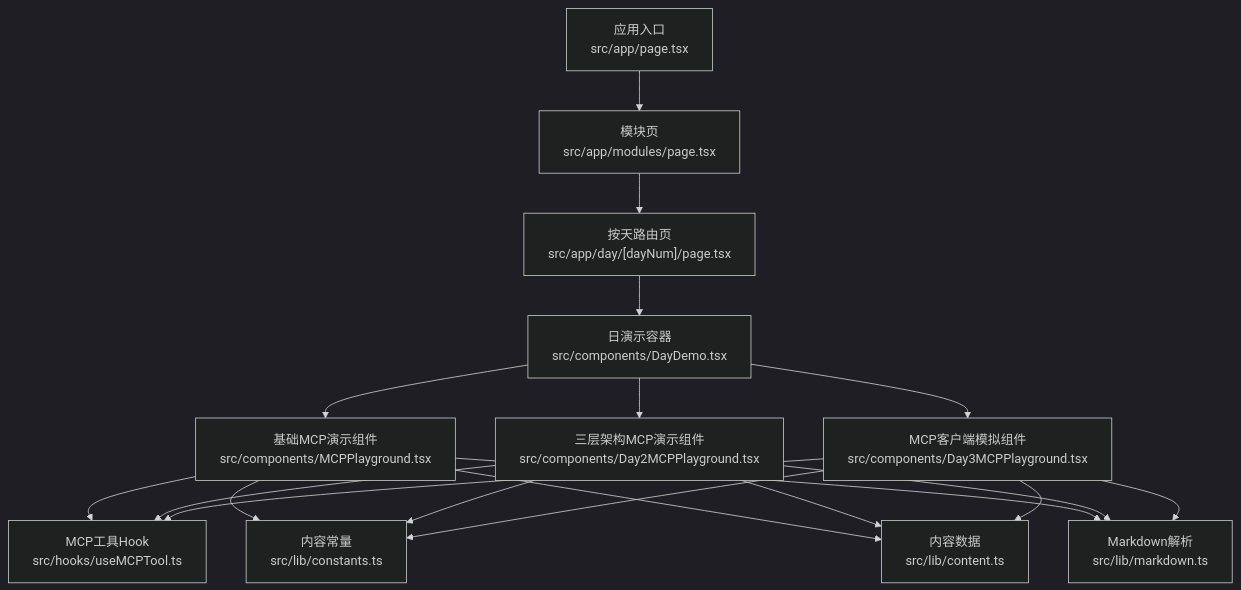
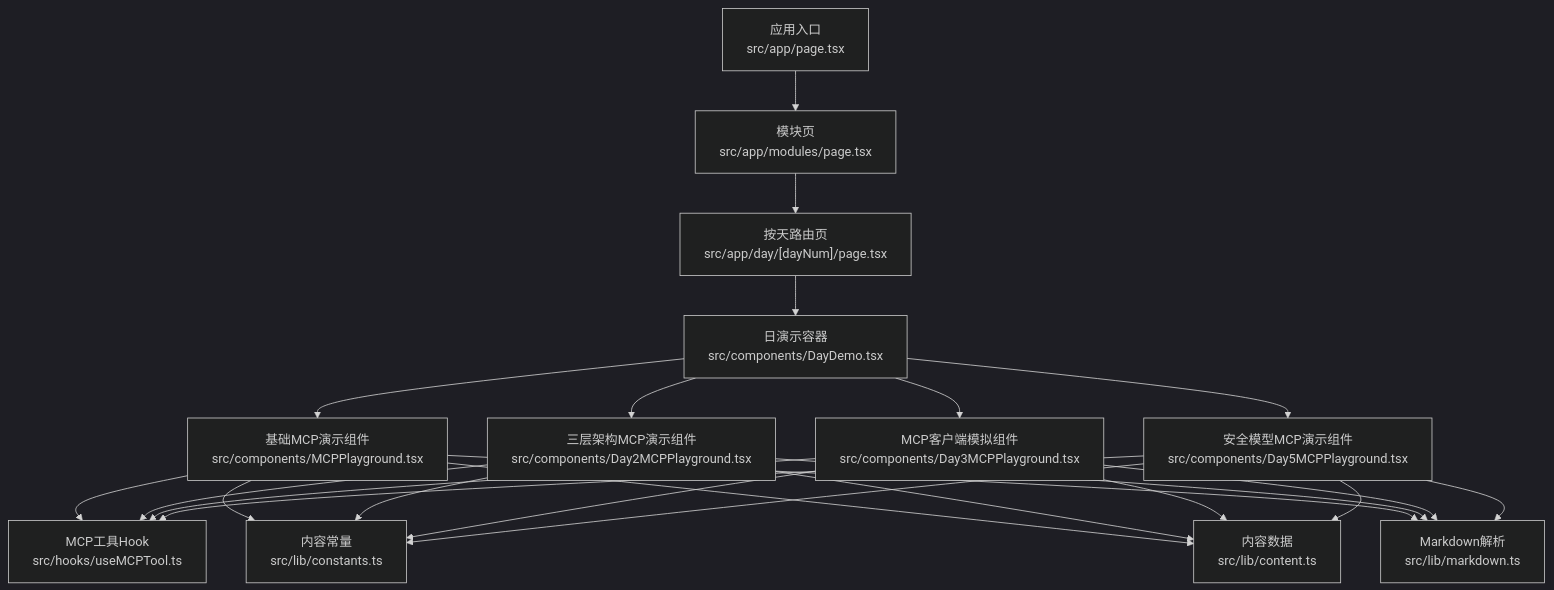
Before and after one commit to Leslie-Chuan/classic-example: the first of 3 diagrams in .qoder/repowiki/zh/content/UI组件/MCPPlayground组件.md, drawn with Mermaid (dark theme). The commit also changed other lines of this file and 49 other files, not shown here.

````diff
--- a/.qoder/repowiki/zh/content/UI组件/MCPPlayground组件.md
+++ b/.qoder/repowiki/zh/content/UI组件/MCPPlayground组件.md
@@ -44,21 +45,26 @@
 ```mermaid
 graph TB
 A["应用入口<br/>src/app/page.tsx"] --> B["模块页<br/>src/app/modules/page.tsx"]
 B --> C["按天路由页<br/>src/app/day/[dayNum]/page.tsx"]
 C --> D["日演示容器<br/>src/components/DayDemo.tsx"]
 D --> E["基础MCP演示组件<br/>src/components/MCPPlayground.tsx"]
 D --> F["三层架构MCP演示组件<br/>src/components/Day2MCPPlayground.tsx"]
 D --> G["MCP客户端模拟组件<br/>src/components/Day3MCPPlayground.tsx"]
-E --> H["MCP工具Hook<br/>src/hooks/useMCPTool.ts"]
-F --> H
-G --> H
-E --> I["内容常量<br/>src/lib/constants.ts"]
+D --> H["安全模型MCP演示组件<br/>src/components/Day5MCPPlayground.tsx"]
+E --> I["MCP工具Hook<br/>src/hooks/useMCPTool.ts"]
 F --> I
 G --> I
-E --> J["内容数据<br/>src/lib/content.ts"]
+H --> I
+E --> J["内容常量<br/>src/lib/constants.ts"]
 F --> J
 G --> J
-E --> K["Markdown解析<br/>src/lib/markdown.ts"]
+H --> J
+E --> K["内容数据<br/>src/lib/content.ts"]
 F --> K
 G --> K
+H --> K
+E --> L["Markdown解析<br/>src/lib/markdown.ts"]
+F --> L
+G --> L
+H --> L
 ```
````
